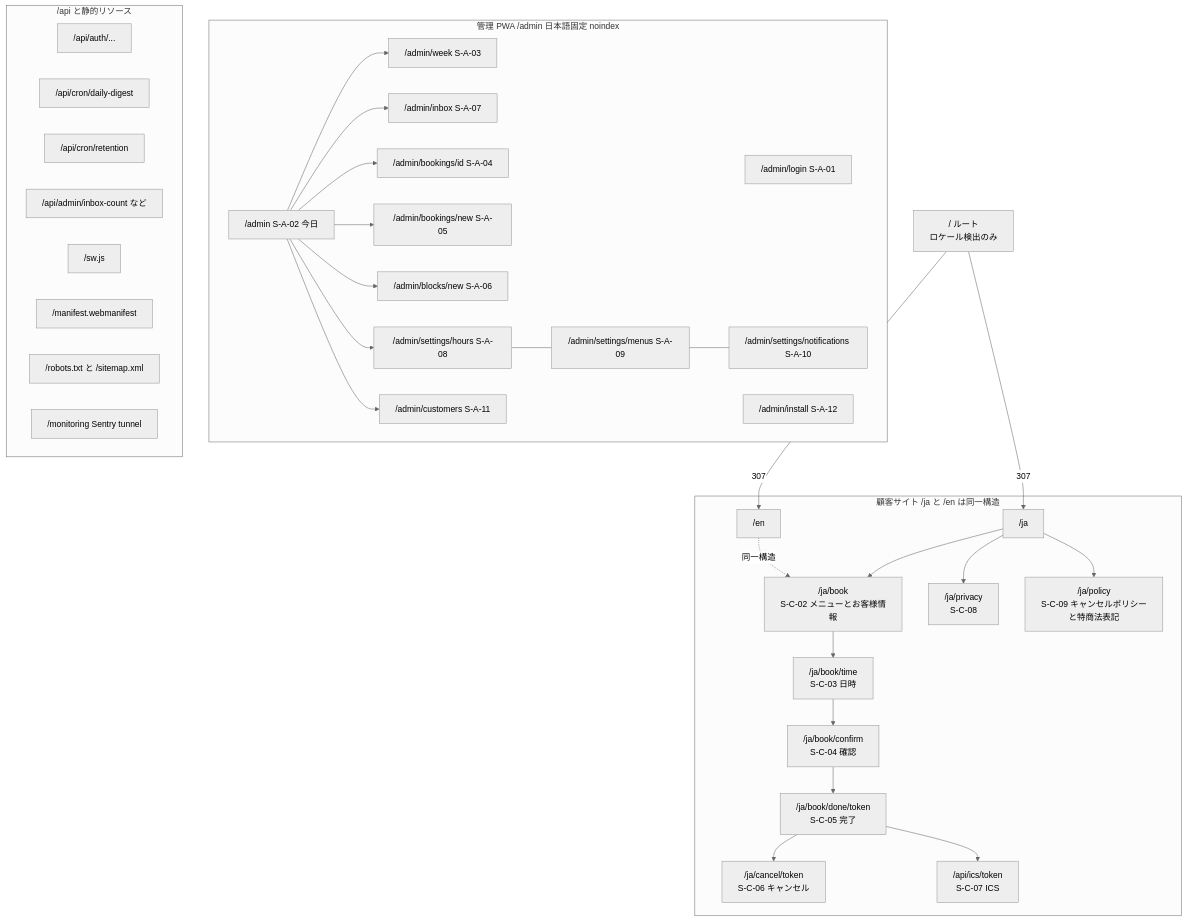
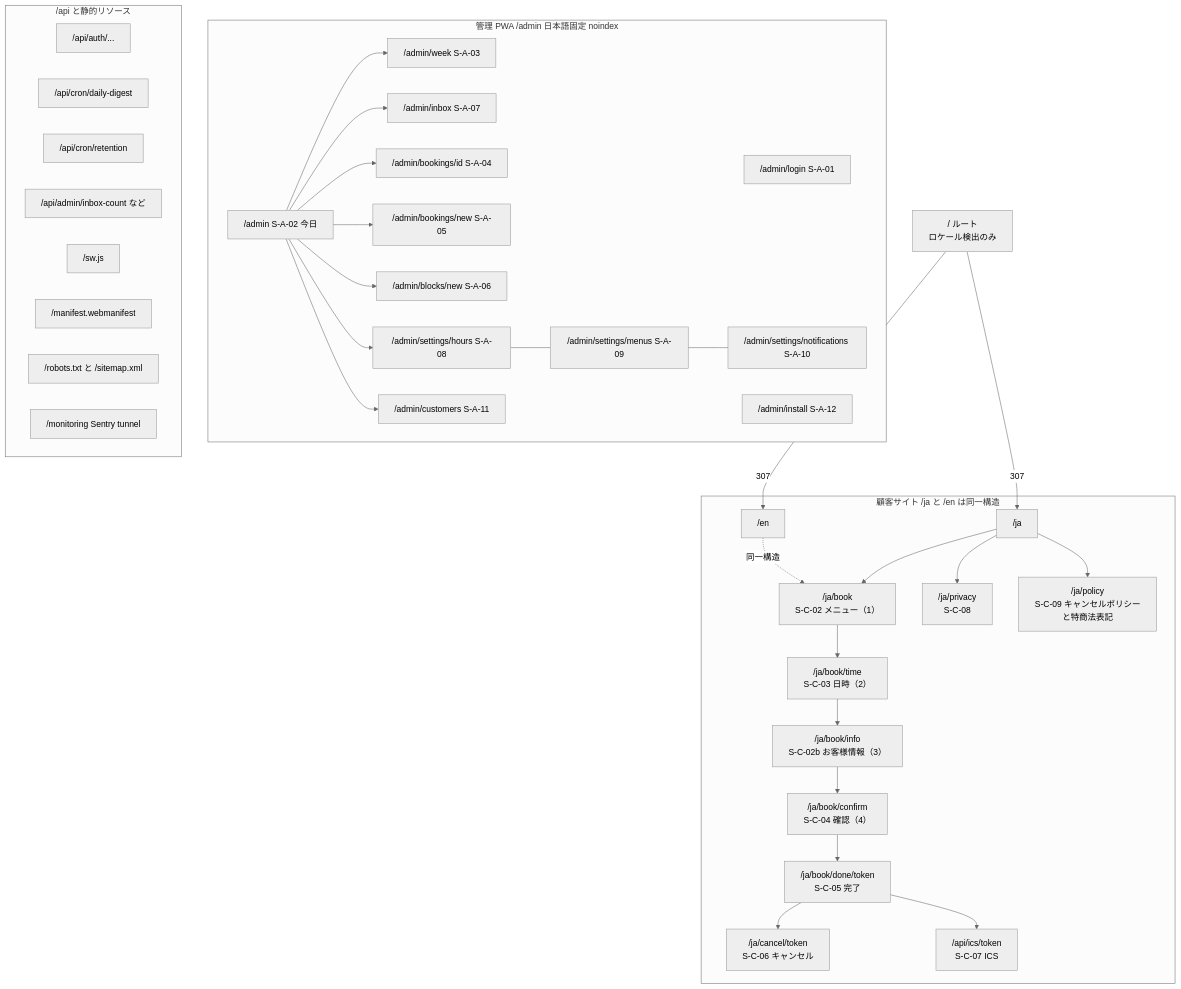
One commit to kaz-ma/barber-booking changed the first of 2 diagrams in docs/03_design/01_sitemap.md. Above: the diagram before and after it, drawn with Mermaid (neutral theme). The commit also changed other lines of this file and 13 other files, not shown here.

````diff
--- a/docs/03_design/01_sitemap.md
+++ b/docs/03_design/01_sitemap.md
@@ -17,52 +18,53 @@
 ```mermaid
 flowchart TD
   ROOT["/ ルート<br/>ロケール検出のみ"] -->|"307"| JA["/ja"]
   ROOT -->|"307"| EN["/en"]
 
   subgraph PUB["顧客サイト /ja と /en は同一構造"]
-    JA --> BOOK["/ja/book<br/>S-C-02 メニューとお客様情報"]
-    BOOK --> TIME["/ja/book/time<br/>S-C-03 日時"]
-    TIME --> CONF["/ja/book/confirm<br/>S-C-04 確認"]
+    JA --> BOOK["/ja/book<br/>S-C-02 メニュー（1）"]
+    BOOK --> TIME["/ja/book/time<br/>S-C-03 日時（2）"]
+    TIME --> INFO["/ja/book/info<br/>S-C-02b お客様情報（3）"]
+    INFO --> CONF["/ja/book/confirm<br/>S-C-04 確認（4）"]
     CONF --> DONE["/ja/book/done/token<br/>S-C-05 完了"]
     DONE --> CANCEL["/ja/cancel/token<br/>S-C-06 キャンセル"]
     DONE --> ICS["/api/ics/token<br/>S-C-07 ICS"]
     JA --> PRIV["/ja/privacy<br/>S-C-08"]
     JA --> POL["/ja/policy<br/>S-C-09 キャンセルポリシーと特商法表記"]
     EN -.->|"同一構造"| BOOK
   end
 
   subgraph ADM["管理 PWA /admin 日本語固定 noindex"]
     LOGIN["/admin/login S-A-01"]
     INSTALL["/admin/install S-A-12"]
     TODAY["/admin S-A-02 今日"]
     WEEK["/admin/week S-A-03"]
     INBOX["/admin/inbox S-A-07"]
     DET["/admin/bookings/id S-A-04"]
     NEWB["/admin/bookings/new S-A-05"]
     BLK["/admin/blocks/new S-A-06"]
     SH["/admin/settings/hours S-A-08"]
     SM["/admin/settings/menus S-A-09"]
     SN["/admin/settings/notifications S-A-10"]
     CU["/admin/customers S-A-11"]
     TODAY --> WEEK
     TODAY --> INBOX
     TODAY --> DET
     TODAY --> NEWB
     TODAY --> BLK
     TODAY --> SH
     SH --- SM
     SM --- SN
     TODAY --> CU
   end
 
   subgraph API["/api と静的リソース"]
     A1["/api/auth/..."]
     A2["/api/cron/daily-digest"]
     A3["/api/cron/retention"]
     A4["/api/admin/inbox-count など"]
     S1["/sw.js"]
     S2["/manifest.webmanifest"]
     S3["/robots.txt と /sitemap.xml"]
     S4["/monitoring Sentry tunnel"]
   end
 ```
````
